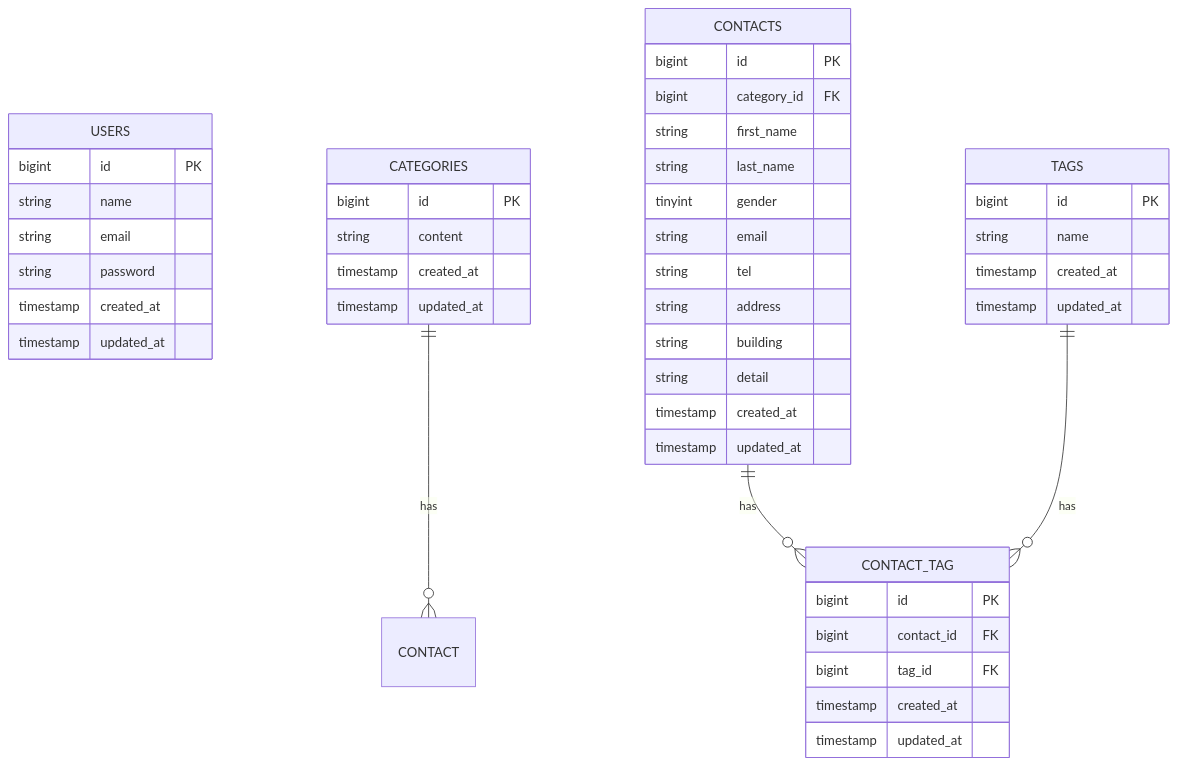
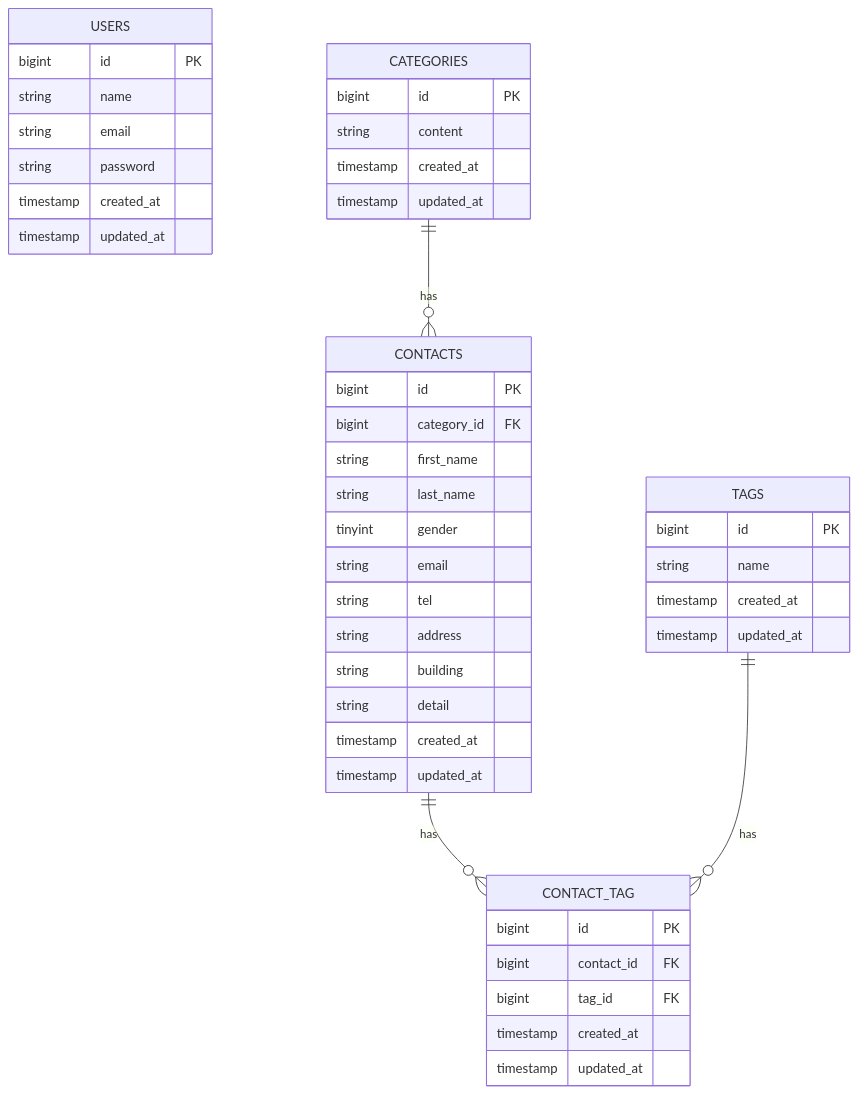
One commit to ryuichi-ando/contact-form changed the diagram in README.md. Above: the diagram before and after it, drawn with Mermaid. The commit also changed other lines of this file, not shown here.

````diff
--- a/README.md
+++ b/README.md
@@ -23,53 +23,53 @@
 ```mermaid
 erDiagram
 
 USERS {
 bigint id PK
 string name
 string email
 string password
 timestamp created_at
 timestamp updated_at
 }
 
 CATEGORIES {
 bigint id PK
 string content
 timestamp created_at
 timestamp updated_at
 }
 
 CONTACTS {
 bigint id PK
 bigint category_id FK
 string first_name
 string last_name
 tinyint gender
 string email
 string tel
 string address
 string building
 string detail
 timestamp created_at
 timestamp updated_at
 }
 
 TAGS {
 bigint id PK
 string name
 timestamp created_at
 timestamp updated_at
 }
 
 CONTACT_TAG {
 bigint id PK
 bigint contact_id FK
 bigint tag_id FK
 timestamp created_at
 timestamp updated_at
 }
 
-CATEGORIES ||--o{ CONTACT : has
+CATEGORIES ||--o{ CONTACTS : has
 CONTACTS ||--o{ CONTACT_TAG :has
 TAGS ||--o{ CONTACT_TAG : has
 ```
````
